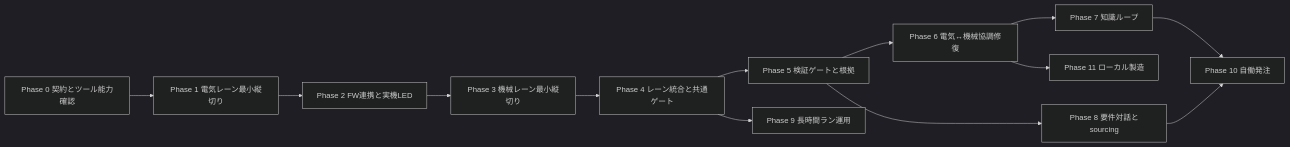
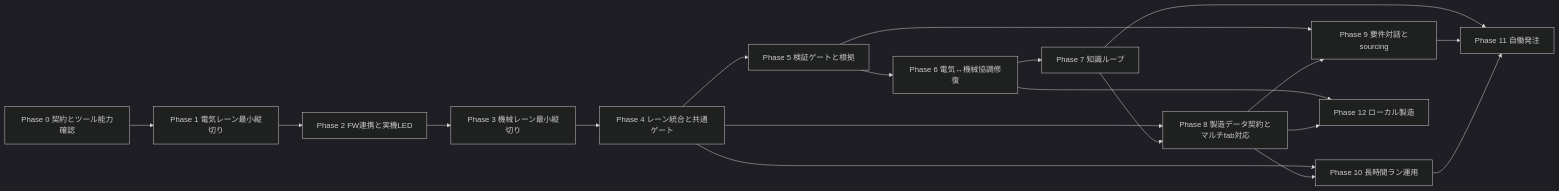
The diagram in docs/roadmap.md (uist1idrju3i/acd-agent), drawn with Mermaid (dark theme) before and after one commit. The commit also changed other lines of this file and 12 other files, not shown here.

````diff
--- a/docs/roadmap.md
+++ b/docs/roadmap.md
@@ -107,15 +109,21 @@
 ```mermaid
 flowchart LR
     P0["Phase 0 契約とツール能力確認"] --> P1["Phase 1 電気レーン最小縦切り"]
     P1 --> P2["Phase 2 FW連携と実機LED"]
     P2 --> P3["Phase 3 機械レーン最小縦切り"]
     P3 --> P4["Phase 4 レーン統合と共通ゲート"]
     P4 --> P5["Phase 5 検証ゲートと根拠"]
     P5 --> P6["Phase 6 電気↔機械協調修復"]
     P6 --> P7["Phase 7 知識ループ"]
-    P5 --> P8["Phase 8 要件対話とsourcing"]
-    P4 --> P9["Phase 9 長時間ラン運用"]
-    P7 --> P10["Phase 10 自働発注"]
+    P4 --> P8["Phase 8 製造データ契約とマルチfab対応"]
+    P7 --> P8
+    P5 --> P9["Phase 9 要件対話とsourcing"]
+    P8 --> P9
+    P4 --> P10["Phase 10 長時間ラン運用"]
     P8 --> P10
-    P6 --> P11["Phase 11 ローカル製造"]
+    P7 --> P11["Phase 11 自働発注"]
+    P9 --> P11
+    P10 --> P11
+    P6 --> P12["Phase 12 ローカル製造"]
+    P8 --> P12
 ```
````
